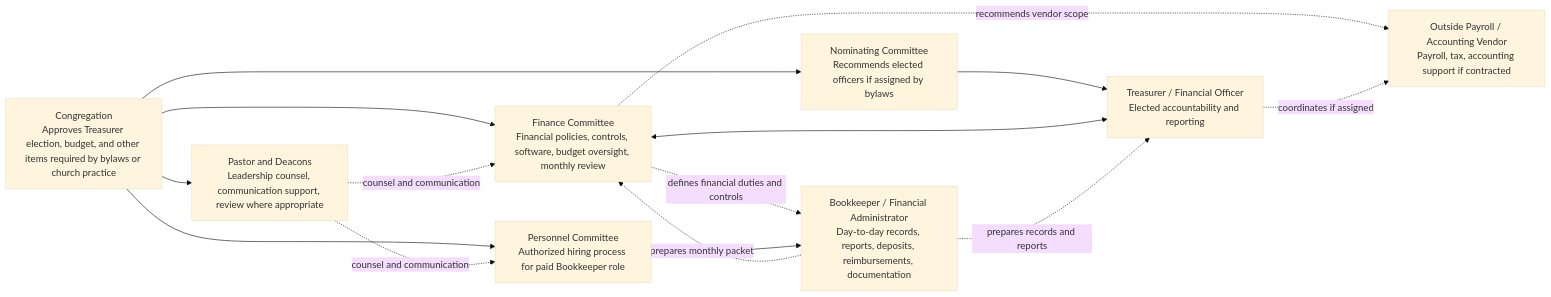
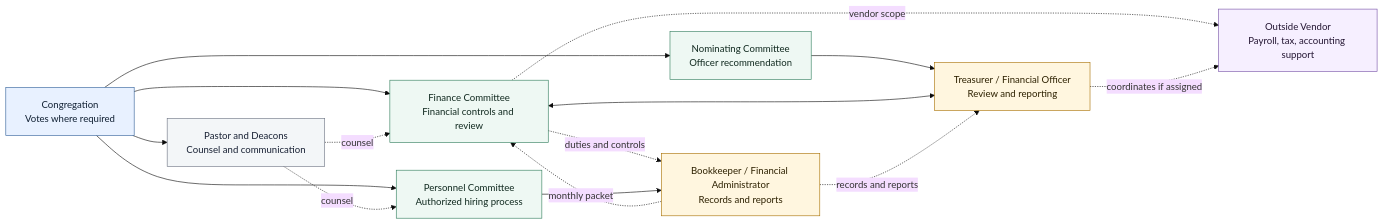
Before and after one commit to coryd3/kbc-financial-operations: the second of 2 diagrams in docs/governance/church-organization-chart.md, drawn with Mermaid (base theme). The commit also changed other lines of this file and 2 other files, not shown here.

Commit message:
Render organization charts as Mermaid diagrams

````diff
--- a/docs/governance/church-organization-chart.md
+++ b/docs/governance/church-organization-chart.md
@@ -57,27 +72,39 @@
 ```mermaid
+%%{init: {"flowchart": {"curve": "basis", "nodeSpacing": 42, "rankSpacing": 55, "padding": 16}}}%%
 flowchart LR
-    Congregation["Congregation<br/>Approves Treasurer election, budget, and other items required by bylaws or church practice"]
-    Nominating["Nominating Committee<br/>Recommends elected officers if assigned by bylaws"]
-    Treasurer["Treasurer / Financial Officer<br/>Elected accountability and reporting"]
-    Finance["Finance Committee<br/>Financial policies, controls, software, budget oversight, monthly review"]
-    Personnel["Personnel Committee<br/>Authorized hiring process for paid Bookkeeper role"]
-    Bookkeeper["Bookkeeper / Financial Administrator<br/>Day-to-day records, reports, deposits, reimbursements, documentation"]
-    PastorDeacons["Pastor and Deacons<br/>Leadership counsel, communication support, review where appropriate"]
-    Vendor["Outside Payroll / Accounting Vendor<br/>Payroll, tax, accounting support if contracted"]
+    Congregation["Congregation<br/>Votes where required"]
+    Nominating["Nominating Committee<br/>Officer recommendation"]
+    Treasurer["Treasurer / Financial Officer<br/>Review and reporting"]
+    Finance["Finance Committee<br/>Financial controls and review"]
+    Personnel["Personnel Committee<br/>Authorized hiring process"]
+    Bookkeeper["Bookkeeper / Financial Administrator<br/>Records and reports"]
+    PastorDeacons["Pastor and Deacons<br/>Counsel and communication"]
+    Vendor["Outside Vendor<br/>Payroll, tax, accounting support"]
 
     Congregation --> Nominating
     Nominating --> Treasurer
     Congregation --> Finance
     Congregation --> Personnel
     Congregation --> PastorDeacons
 
     Finance <--> Treasurer
-    Finance -. defines financial duties and controls .-> Bookkeeper
+    Finance -. duties and controls .-> Bookkeeper
     Personnel --> Bookkeeper
-    Bookkeeper -. prepares records and reports .-> Treasurer
-    Bookkeeper -. prepares monthly packet .-> Finance
-    Finance -. recommends vendor scope .-> Vendor
+    Bookkeeper -. records and reports .-> Treasurer
+    Bookkeeper -. monthly packet .-> Finance
+    Finance -. vendor scope .-> Vendor
     Treasurer -. coordinates if assigned .-> Vendor
-    PastorDeacons -. counsel and communication .-> Finance
-    PastorDeacons -. counsel and communication .-> Personnel
+    PastorDeacons -. counsel .-> Finance
+    PastorDeacons -. counsel .-> Personnel
+
+    classDef authority fill:#e8f1ff,stroke:#2f5f98,color:#102033,stroke-width:1px;
+    classDef committee fill:#eef8f3,stroke:#2f7d5b,color:#10291f,stroke-width:1px;
+    classDef operations fill:#fff6df,stroke:#a76f00,color:#2d2100,stroke-width:1px;
+    classDef support fill:#f3f6f8,stroke:#6b7280,color:#172033,stroke-width:1px;
+    classDef vendor fill:#f6efff,stroke:#7551a6,color:#241633,stroke-width:1px;
+    class Congregation authority;
+    class Nominating,Finance,Personnel committee;
+    class Treasurer,Bookkeeper operations;
+    class PastorDeacons support;
+    class Vendor vendor;
 ```
````
